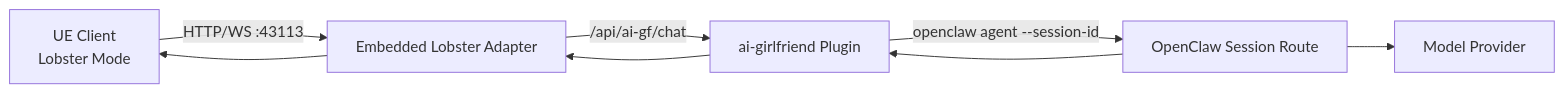
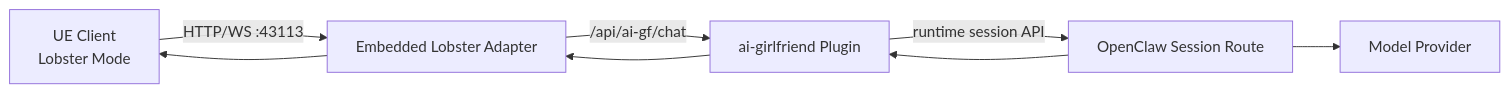
One commit to angelash/ai-girlfrend-claw changed the first of 3 diagrams in docs/详细设计.md. Above: the diagram before and after it, drawn with Mermaid. The commit also changed other lines of this file and 2 other files, not shown here.

Commit message:
refactor: switch ai-gf chat routing to runtime session API only

````diff
--- a/docs/详细设计.md
+++ b/docs/详细设计.md
@@ -5,10 +5,10 @@
 ```mermaid
 flowchart LR
     UE[UE Client\nLobster Mode] -->|HTTP/WS :43113| ADP[Embedded Lobster Adapter]
     ADP -->|/api/ai-gf/chat| AIGF[ai-girlfriend Plugin]
-    AIGF -->|openclaw agent --session-id| OCS[OpenClaw Session Route]
+    AIGF -->|runtime session API| OCS[OpenClaw Session Route]
     OCS --> LLM[Model Provider]
     OCS --> AIGF
     AIGF --> ADP
     ADP --> UE
 ```
````
